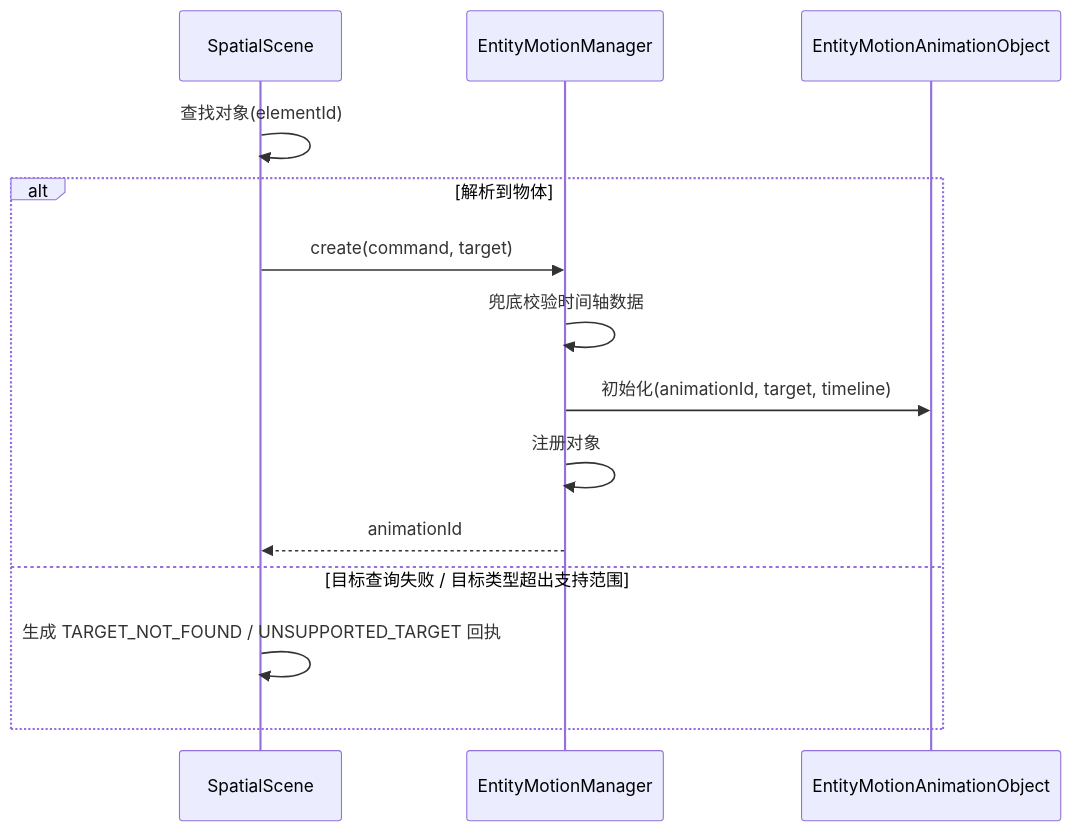
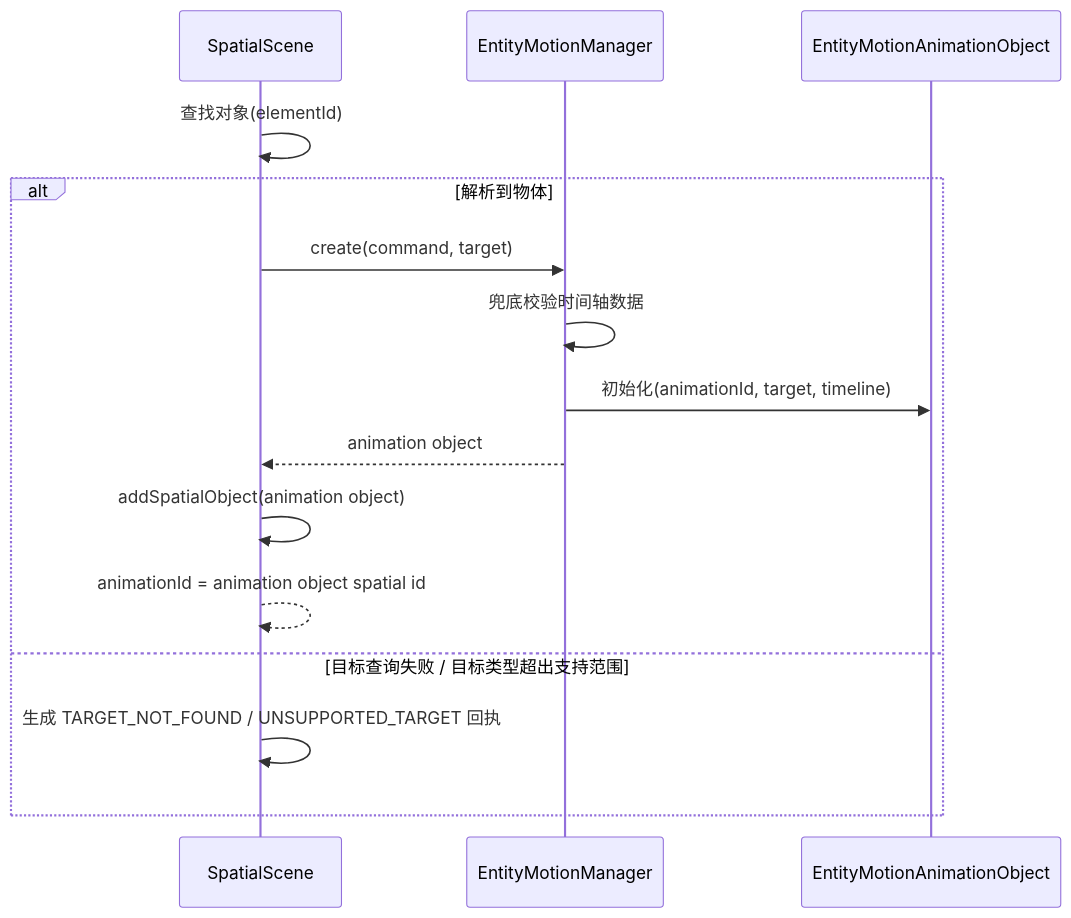
The tenth of 14 diagrams in openspec/changes/redesign-entity-motion-api/design.zh.md (webspatial/webspatial-sdk), drawn with Mermaid before and after one commit. The commit also changed other lines of this file and 1 other file, not shown here.

````diff
--- a/openspec/changes/redesign-entity-motion-api/design.zh.md
+++ b/openspec/changes/redesign-entity-motion-api/design.zh.md
@@ -909,17 +992,18 @@
 ```mermaid
 sequenceDiagram
     participant Scene as SpatialScene
     participant Manager as EntityMotionManager
     participant Obj as EntityMotionAnimationObject
 
     Scene->>Scene: 查找对象(elementId)
     alt 解析到物体
         Scene->>Manager: create(command, target)
         Manager->>Manager: 兜底校验时间轴数据
         Manager->>Obj: 初始化(animationId, target, timeline)
-        Manager->>Manager: 注册对象
-        Manager-->>Scene: animationId
+        Manager-->>Scene: animation object
+        Scene->>Scene: addSpatialObject(animation object)
+        Scene-->>Scene: animationId = animation object spatial id
     else 目标查询失败 / 目标类型超出支持范围
         Scene->>Scene: 生成 TARGET_NOT_FOUND / UNSUPPORTED_TARGET 回执
     end
 ```
````
